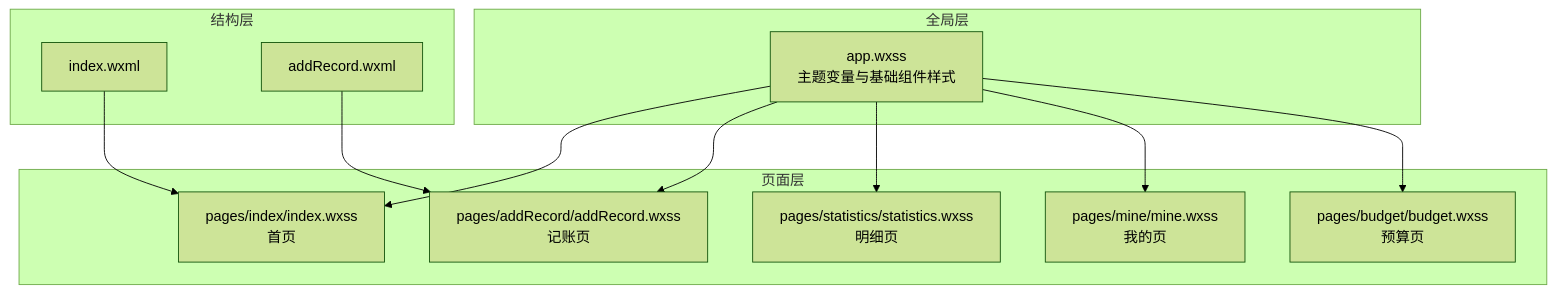
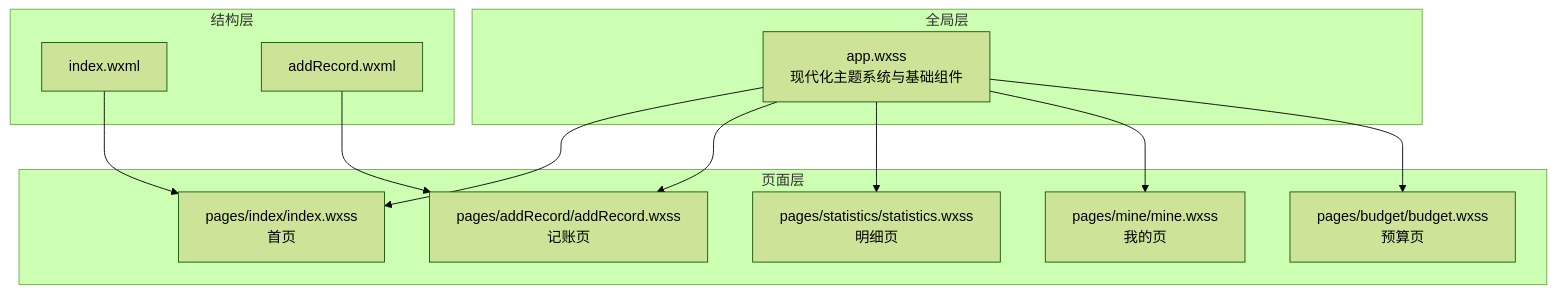
The second of 6 diagrams in .qoder/repowiki/zh/content/样式与界面设计.md (shisfish/miaobill), drawn with Mermaid (forest theme) before and after one commit. The commit also changed other lines of this file and 18 other files, not shown here.

````diff
--- a/.qoder/repowiki/zh/content/样式与界面设计.md
+++ b/.qoder/repowiki/zh/content/样式与界面设计.md
@@ -89,24 +105,24 @@
 ```mermaid
 graph TB
 subgraph "全局层"
-GW["app.wxss<br/>主题变量与基础组件样式"]
+GW["app.wxss<br/>现代化主题系统与基础组件"]
 end
 subgraph "页面层"
 P1["pages/index/index.wxss<br/>首页"]
 P2["pages/addRecord/addRecord.wxss<br/>记账页"]
 P3["pages/statistics/statistics.wxss<br/>明细页"]
 P4["pages/mine/mine.wxss<br/>我的页"]
 P5["pages/budget/budget.wxss<br/>预算页"]
 end
 subgraph "结构层"
 W1["index.wxml"]
 W2["addRecord.wxml"]
 end
 GW --> P1
 GW --> P2
 GW --> P3
 GW --> P4
 GW --> P5
 W1 --> P1
 W2 --> P2
 ```
````
